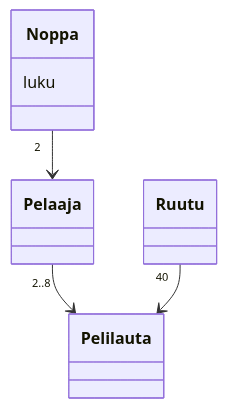
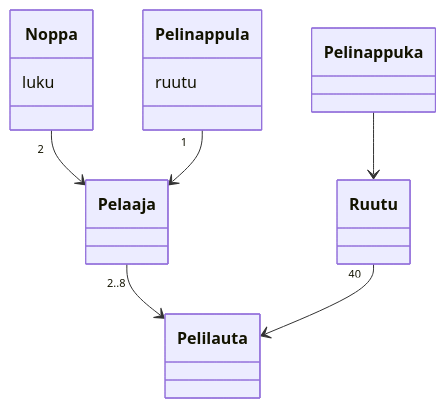
Before and after one commit to Yahimoh/ot-harjoitustyo: the diagram in laskarit/viikko3/Monopoli_kaavio.md, drawn with Mermaid.

````diff
--- a/laskarit/viikko3/Monopoli_kaavio.md
+++ b/laskarit/viikko3/Monopoli_kaavio.md
@@ -1,20 +1,26 @@
 ```mermaid
  classDiagram
 	
 	Noppa "2" --> Pelaaja
 	Pelaaja "2..8" --> Pelilauta
 	Ruutu "40" --> Pelilauta
+	Pelinappula "1" --> Pelaaja
+	Pelinappuka --> Ruutu
 
 	class Noppa {
 		luku
 	}
 
         class Pelaaja {     
         }
 
 	class Pelilauta {
 	}
 
 	class Ruutu {
 	}
+	
+	class Pelinappula {
+		ruutu
+	}
 ```
````
